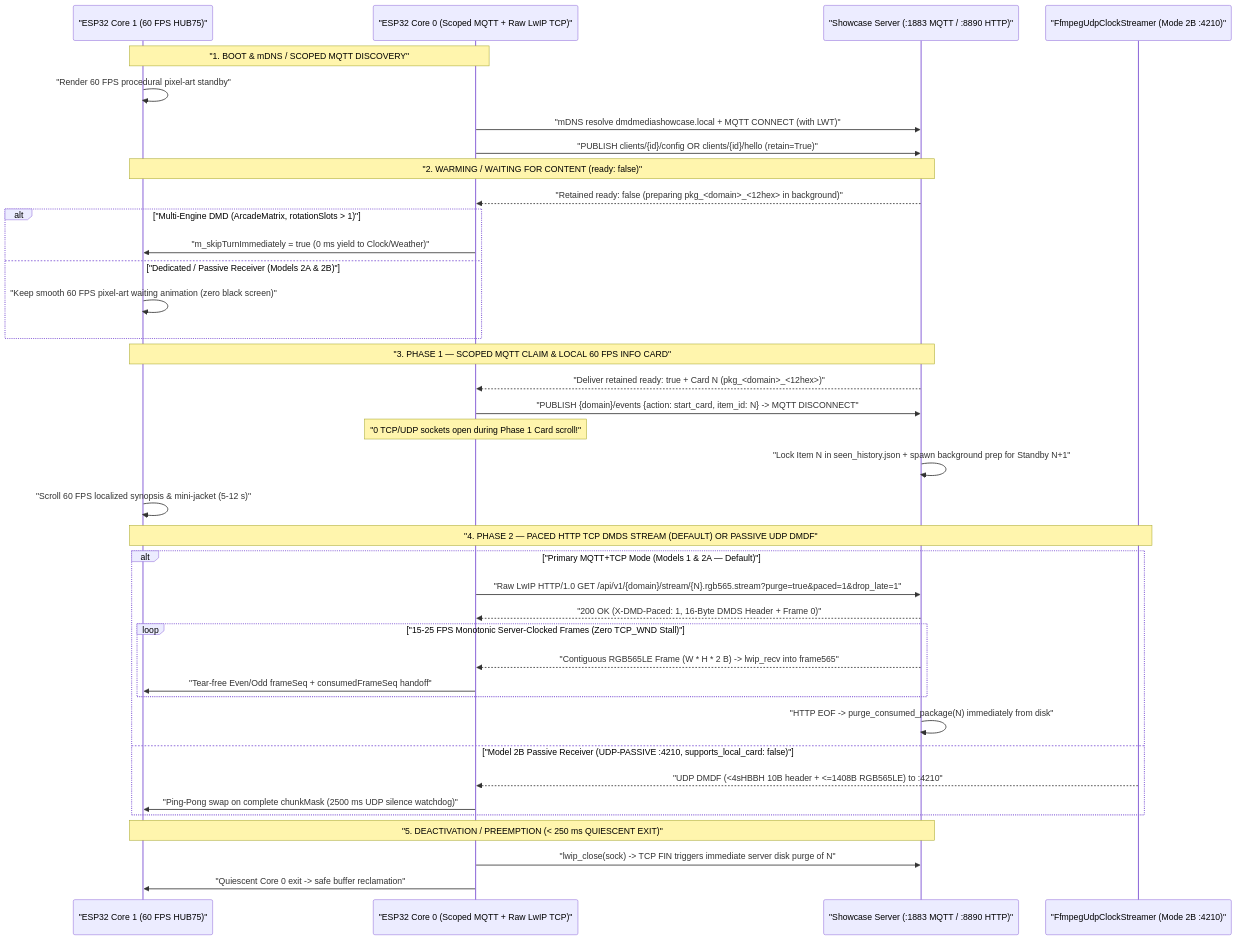
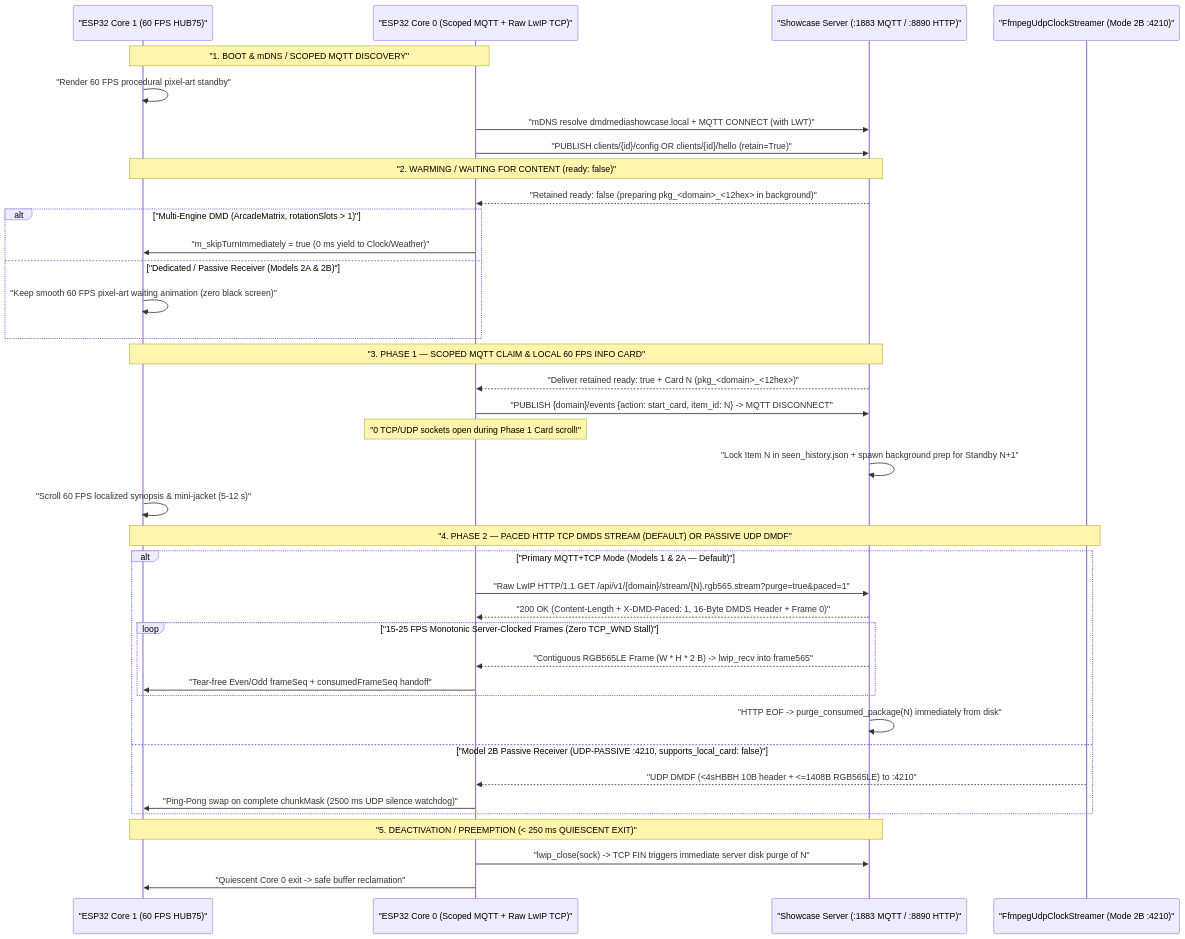
One commit to red77290/dmd_media_showcase changed the first of 2 diagrams in docs/ESP32_INTEGRATION.md. Above: the diagram before and after it, drawn with Mermaid. The commit also changed other lines of this file and 15 other files, not shown here.

Commit message:
docs(esp32): align raw LwIP DMDS TCP examples with unchunked Content-Length (?purge=true&paced=1)

````diff
--- a/docs/ESP32_INTEGRATION.md
+++ b/docs/ESP32_INTEGRATION.md
@@ -147,45 +147,45 @@
 ```mermaid
 sequenceDiagram
     participant C1 as "ESP32 Core 1 (60 FPS HUB75)"
     participant C0 as "ESP32 Core 0 (Scoped MQTT + Raw LwIP TCP)"
     participant SRV as "Showcase Server (:1883 MQTT / :8890 HTTP)"
     participant UDP as "FfmpegUdpClockStreamer (Mode 2B :4210)"
 
     Note over C1,C0: "1. BOOT & mDNS / SCOPED MQTT DISCOVERY"
     C1->>C1: "Render 60 FPS procedural pixel-art standby"
     C0->>SRV: "mDNS resolve dmdmediashowcase.local + MQTT CONNECT (with LWT)"
     C0->>SRV: "PUBLISH clients/{id}/config OR clients/{id}/hello (retain=True)"
 
     Note over C1,SRV: "2. WARMING / WAITING FOR CONTENT (ready: false)"
     SRV-->>C0: "Retained ready: false (preparing pkg_<domain>_<12hex> in background)"
     alt "Multi-Engine DMD (ArcadeMatrix, rotationSlots > 1)"
         C0->>C1: "m_skipTurnImmediately = true (0 ms yield to Clock/Weather)"
     else "Dedicated / Passive Receiver (Models 2A & 2B)"
         C1->>C1: "Keep smooth 60 FPS pixel-art waiting animation (zero black screen)"
     end
 
     Note over C1,SRV: "3. PHASE 1 — SCOPED MQTT CLAIM & LOCAL 60 FPS INFO CARD"
     SRV-->>C0: "Deliver retained ready: true + Card N (pkg_<domain>_<12hex>)"
     C0->>SRV: "PUBLISH {domain}/events {action: start_card, item_id: N} -> MQTT DISCONNECT"
     Note over C0: "0 TCP/UDP sockets open during Phase 1 Card scroll!"
     SRV->>SRV: "Lock Item N in seen_history.json + spawn background prep for Standby N+1"
     C1->>C1: "Scroll 60 FPS localized synopsis & mini-jacket (5-12 s)"
 
     Note over C1,UDP: "4. PHASE 2 — PACED HTTP TCP DMDS STREAM (DEFAULT) OR PASSIVE UDP DMDF"
     alt "Primary MQTT+TCP Mode (Models 1 & 2A — Default)"
-        C0->>SRV: "Raw LwIP HTTP/1.0 GET /api/v1/{domain}/stream/{N}.rgb565.stream?purge=true&paced=1&drop_late=1"
-        SRV-->>C0: "200 OK (X-DMD-Paced: 1, 16-Byte DMDS Header + Frame 0)"
+        C0->>SRV: "Raw LwIP HTTP/1.1 GET /api/v1/{domain}/stream/{N}.rgb565.stream?purge=true&paced=1"
+        SRV-->>C0: "200 OK (Content-Length + X-DMD-Paced: 1, 16-Byte DMDS Header + Frame 0)"
         loop "15-25 FPS Monotonic Server-Clocked Frames (Zero TCP_WND Stall)"
             SRV-->>C0: "Contiguous RGB565LE Frame (W * H * 2 B) -> lwip_recv into frame565"
             C0->>C1: "Tear-free Even/Odd frameSeq + consumedFrameSeq handoff"
         end
         SRV->>SRV: "HTTP EOF -> purge_consumed_package(N) immediately from disk"
     else "Model 2B Passive Receiver (UDP-PASSIVE :4210, supports_local_card: false)"
         UDP-->>C0: "UDP DMDF (<4sHBBH 10B header + <=1408B RGB565LE) to :4210"
         C0->>C1: "Ping-Pong swap on complete chunkMask (2500 ms UDP silence watchdog)"
     end
 
     Note over C1,SRV: "5. DEACTIVATION / PREEMPTION (< 250 ms QUIESCENT EXIT)"
     C0->>SRV: "lwip_close(sock) -> TCP FIN triggers immediate server disk purge of N"
     C0->>C1: "Quiescent Core 0 exit -> safe buffer reclamation"
 ```
````
